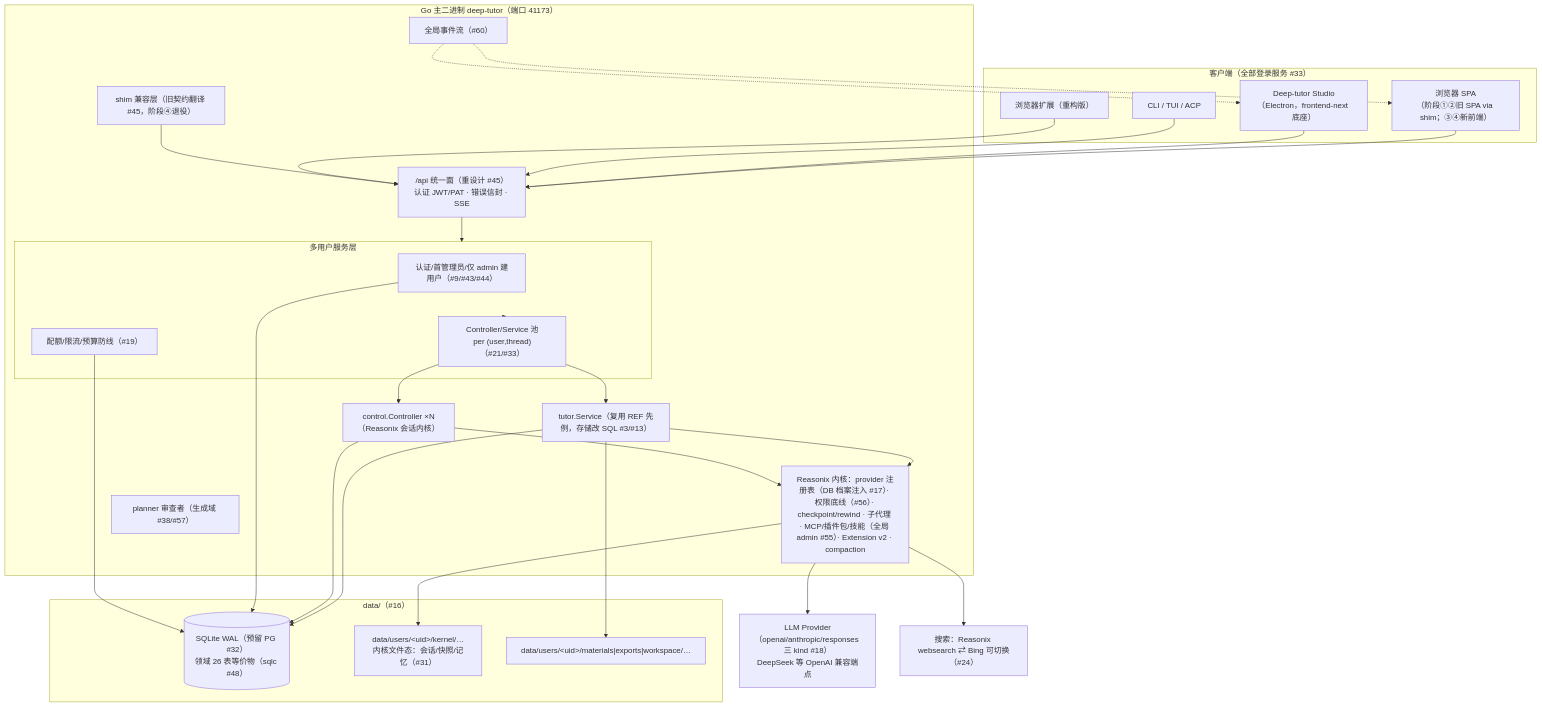
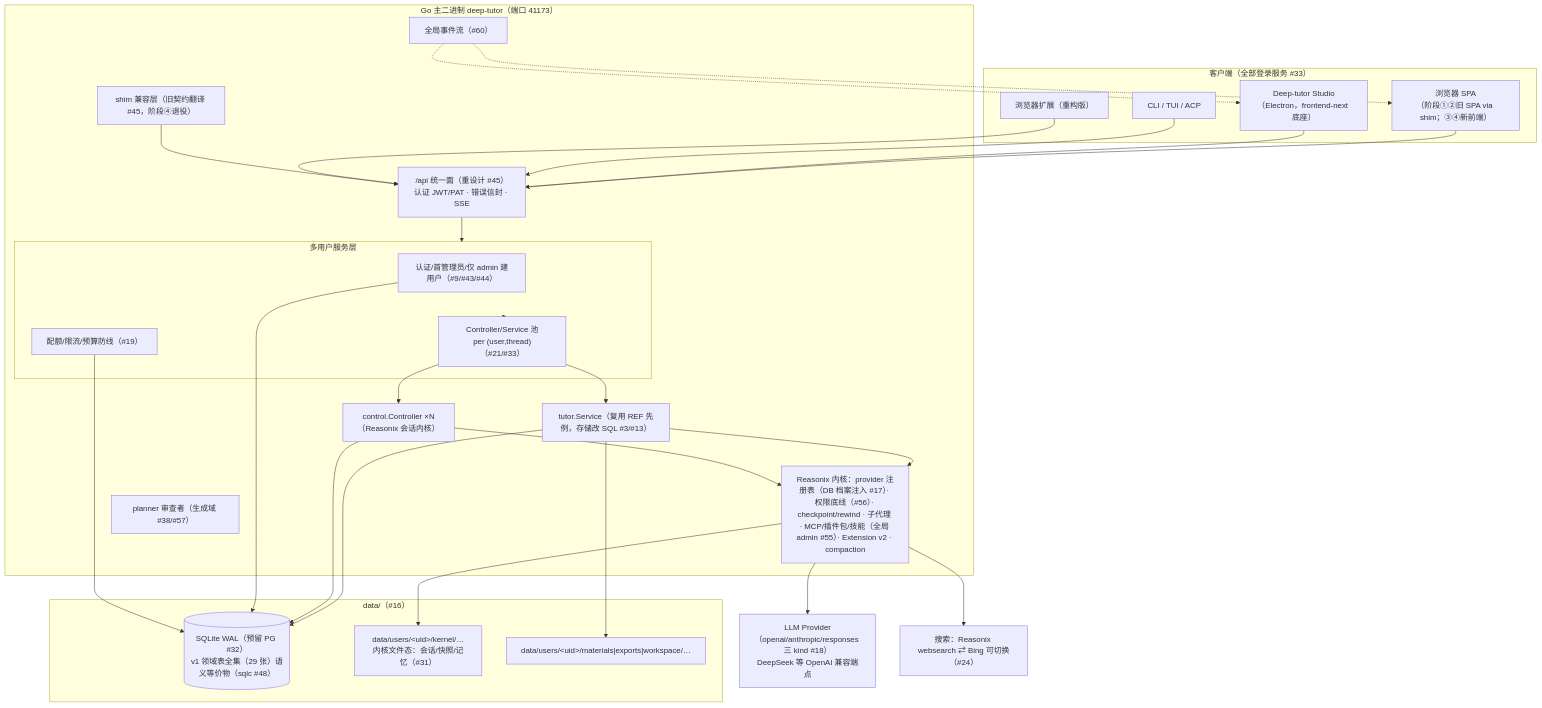
Before and after one commit to hershate/Deep-tutor: the diagram in plan/reasonix/00-总方案.md, drawn with Mermaid. The commit also changed other lines of this file and 2 other files, not shown here.

Commit message:
docs(plan): 方案族复核——plan/reasonix/02 语义基准「note/02（26 表）」→「29 张表」、00 架构图与 R6 风险项「领域 26 表等价物」→「v1 领域表全集（29 张）」、04 §四 表头与 spike 检索源改为在树内核代码

````diff
--- a/plan/reasonix/00-总方案.md
+++ b/plan/reasonix/00-总方案.md
@@ -44,43 +44,43 @@
 ```mermaid
 flowchart TB
     subgraph Clients["客户端（全部登录服务 #33）"]
         SPA["浏览器 SPA<br/>（阶段①②旧 SPA via shim；③④新前端）"]
         STUDIO["Deep-tutor Studio<br/>（Electron，frontend-next 底座）"]
         CLITUI["CLI / TUI / ACP"]
         EXT["浏览器扩展（重构版）"]
     end
     subgraph Service["Go 主二进制 deep-tutor（端口 41173）"]
         API["/api 统一面（重设计 #45）<br/>认证 JWT/PAT · 错误信封 · SSE"]
         SHIM["shim 兼容层（旧契约翻译 #45，阶段④退役）"]
         EVENTS["全局事件流（#60）"]
         subgraph MultiUser["多用户服务层"]
             AUTH["认证/首管理员/仅 admin 建用户（#9/#43/#44）"]
             QUOTA["配额/限流/预算防线（#19）"]
             POOL["Controller/Service 池<br/>per (user,thread)（#21/#33）"]
         end
         TUTORSVC["tutor.Service（复用 REF 先例，存储改 SQL #3/#13）"]
         CTRL["control.Controller ×N<br/>（Reasonix 会话内核）"]
         KERNEL["Reasonix 内核：provider 注册表（DB 档案注入 #17）· 权限底线（#56）· checkpoint/rewind · 子代理 · MCP/插件包/技能（全局 admin #55）· Extension v2 · compaction"]
         PLANNER["planner 审查者（生成域 #38/#57）"]
     end
     subgraph Storage["data/（#16）"]
-        DB[("SQLite WAL（预留 PG #32）<br/>领域 26 表等价物（sqlc #48）")]
+        DB[("SQLite WAL（预留 PG #32）<br/>v1 领域表全集（29 张）语义等价物（sqlc #48）")]
         KFS["data/users/&lt;uid&gt;/kernel/…<br/>内核文件态：会话/快照/记忆（#31）"]
         MFS["data/users/&lt;uid&gt;/materials|exports|workspace/…"]
     end
     LLM["LLM Provider（openai/anthropic/responses 三 kind #18）<br/>DeepSeek 等 OpenAI 兼容端点"]
     SEARCH["搜索：Reasonix websearch ⇄ Bing 可切换（#24）"]
 
     SPA & STUDIO & CLITUI & EXT --> API
     API --> MultiUser
     SHIM --> API
     MultiUser --> POOL
     POOL --> TUTORSVC & CTRL
     TUTORSVC --> KERNEL
     CTRL --> KERNEL
     KERNEL --> LLM & SEARCH
     TUTORSVC & CTRL & AUTH & QUOTA --> DB
     KERNEL --> KFS
     TUTORSVC --> MFS
     EVENTS -.-> SPA & STUDIO
 ```
````
